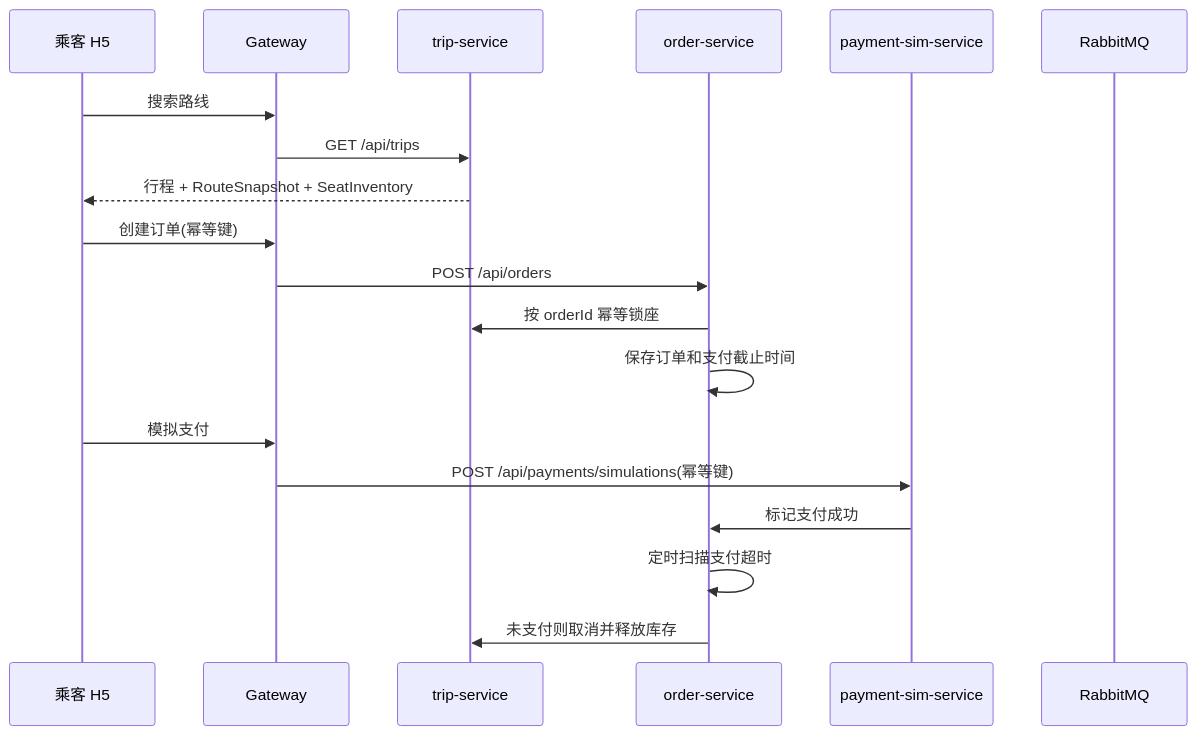
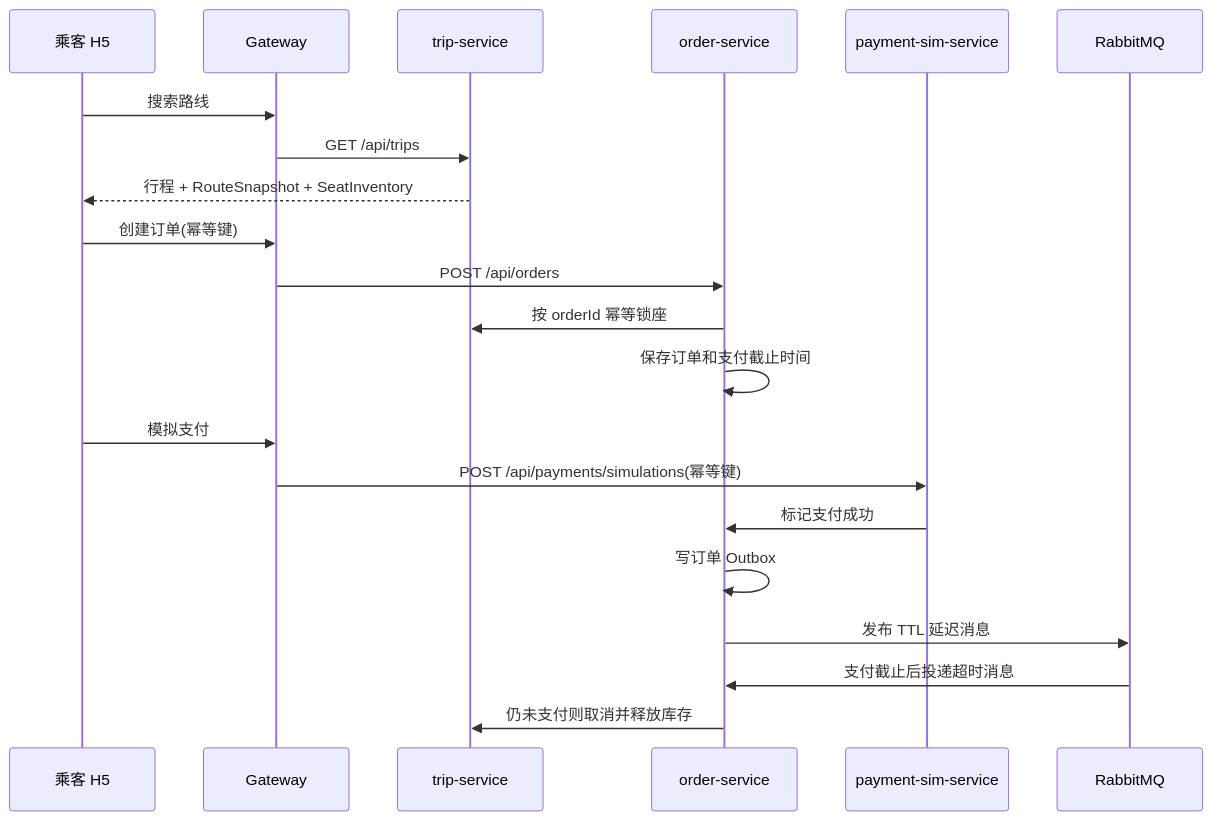
Before and after one commit to llfzzz/o2o-Local-Carpooling: the diagram in docs/architecture.md, drawn with Mermaid. The commit also changed other lines of this file and 73 other files, not shown here.

````diff
--- a/docs/architecture.md
+++ b/docs/architecture.md
@@ -57,22 +57,24 @@
 ```mermaid
 sequenceDiagram
   participant Rider as 乘客 H5
   participant Gateway as Gateway
   participant Trip as trip-service
   participant Order as order-service
   participant Pay as payment-sim-service
   participant MQ as RabbitMQ
 
   Rider->>Gateway: 搜索路线
   Gateway->>Trip: GET /api/trips
   Trip-->>Rider: 行程 + RouteSnapshot + SeatInventory
   Rider->>Gateway: 创建订单(幂等键)
   Gateway->>Order: POST /api/orders
   Order->>Trip: 按 orderId 幂等锁座
   Order->>Order: 保存订单和支付截止时间
   Rider->>Gateway: 模拟支付
   Gateway->>Pay: POST /api/payments/simulations(幂等键)
   Pay->>Order: 标记支付成功
-  Order->>Order: 定时扫描支付超时
-  Order->>Trip: 未支付则取消并释放库存
+  Order->>Order: 写订单 Outbox
+  Order->>MQ: 发布 TTL 延迟消息
+  MQ->>Order: 支付截止后投递超时消息
+  Order->>Trip: 仍未支付则取消并释放库存
 ```
````
